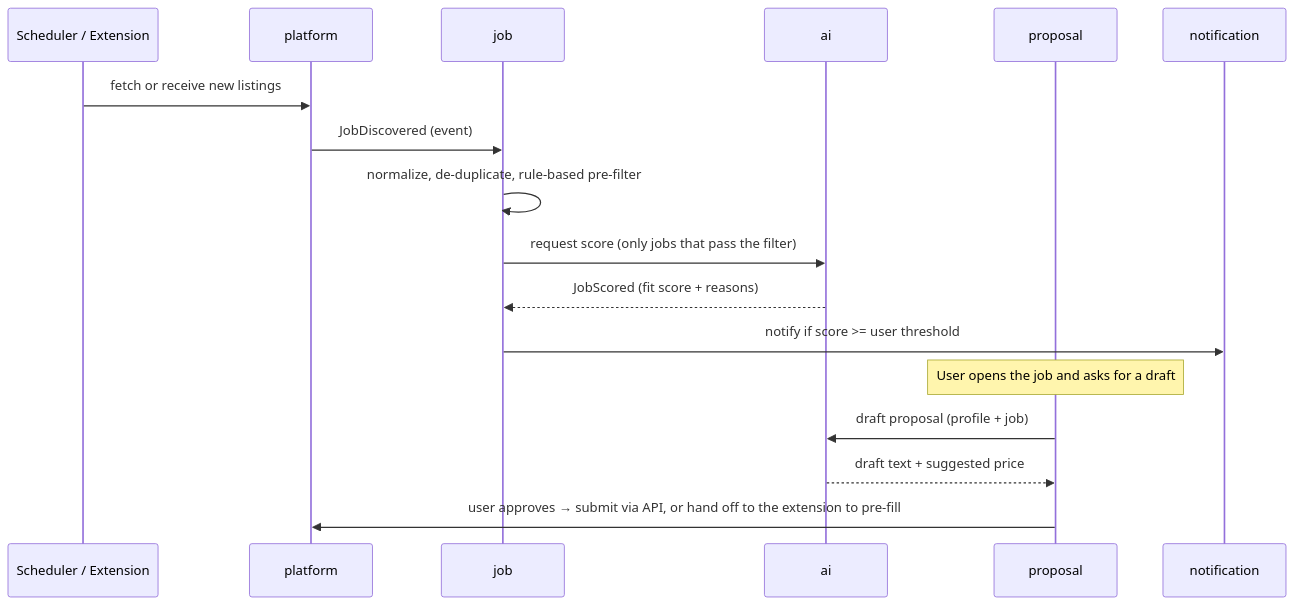
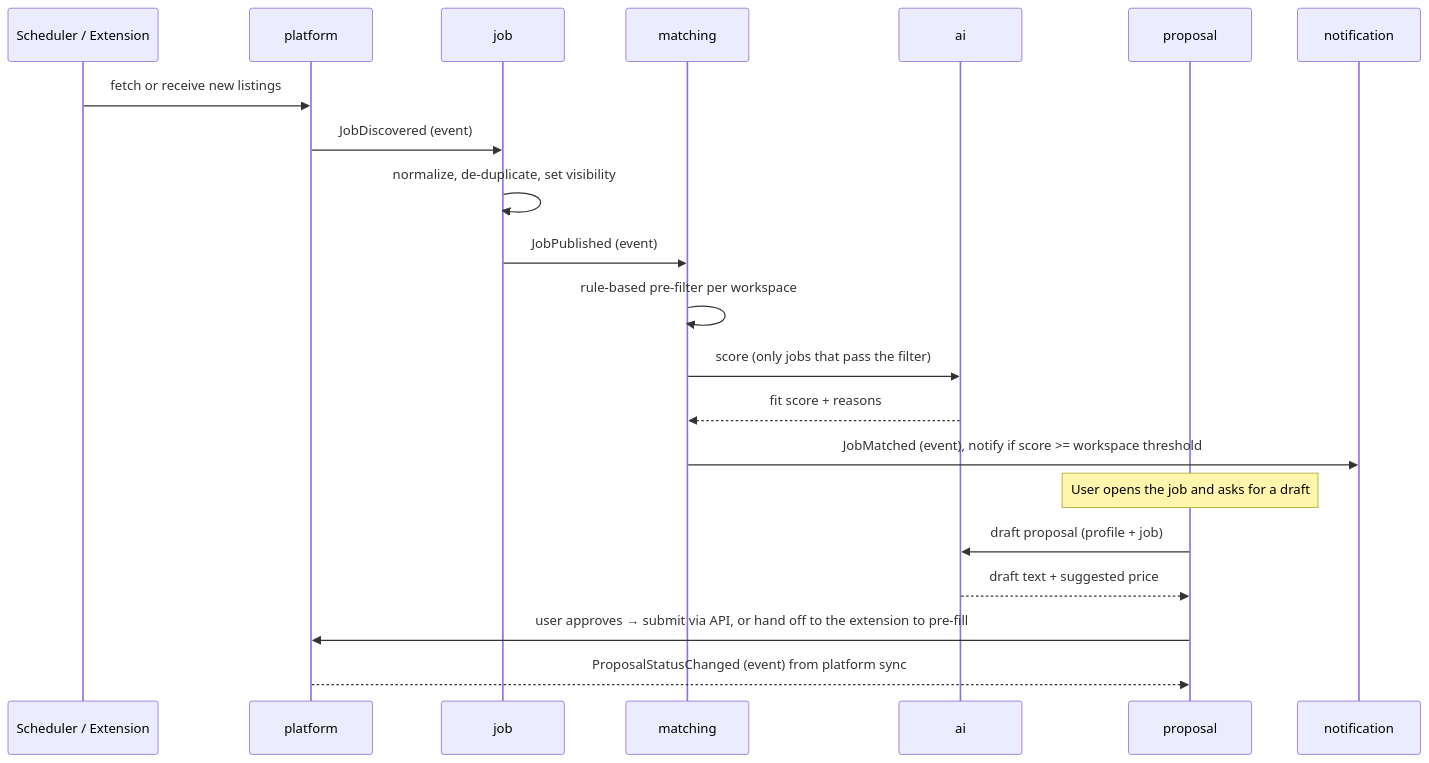
One commit to fcomoglu/freelance-command-center changed the second of 2 diagrams in docs/architecture.md. Above: the diagram before and after it, drawn with Mermaid. The commit also changed other lines of this file and 6 other files, not shown here.

````diff
--- a/docs/architecture.md
+++ b/docs/architecture.md
@@ -64,20 +78,24 @@
 ```mermaid
 sequenceDiagram
     participant S as Scheduler / Extension
     participant P as platform
     participant J as job
+    participant M as matching
     participant A as ai
     participant R as proposal
     participant N as notification
 
     S->>P: fetch or receive new listings
     P->>J: JobDiscovered (event)
-    J->>J: normalize, de-duplicate, rule-based pre-filter
-    J->>A: request score (only jobs that pass the filter)
-    A-->>J: JobScored (fit score + reasons)
-    J->>N: notify if score >= user threshold
+    J->>J: normalize, de-duplicate, set visibility
+    J->>M: JobPublished (event)
+    M->>M: rule-based pre-filter per workspace
+    M->>A: score (only jobs that pass the filter)
+    A-->>M: fit score + reasons
+    M->>N: JobMatched (event), notify if score >= workspace threshold
     Note over R: User opens the job and asks for a draft
     R->>A: draft proposal (profile + job)
     A-->>R: draft text + suggested price
     R->>P: user approves → submit via API, or hand off to the extension to pre-fill
+    P-->>R: ProposalStatusChanged (event) from platform sync
 ```
````
